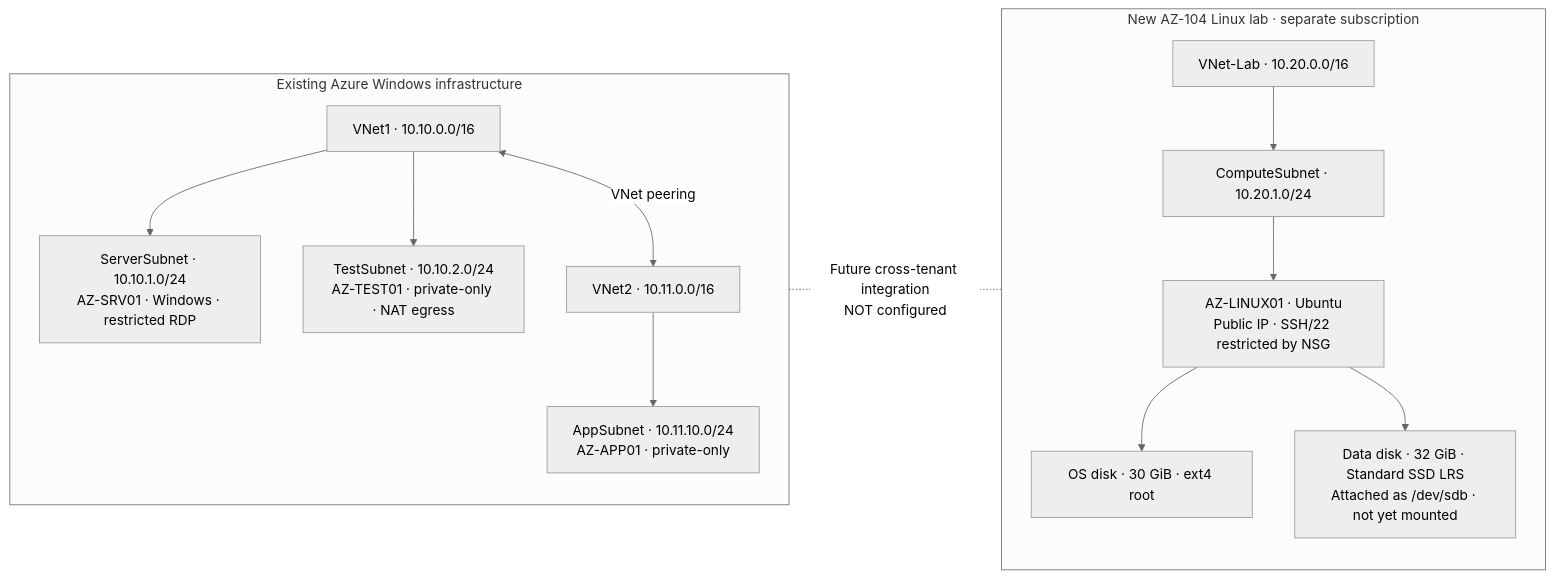
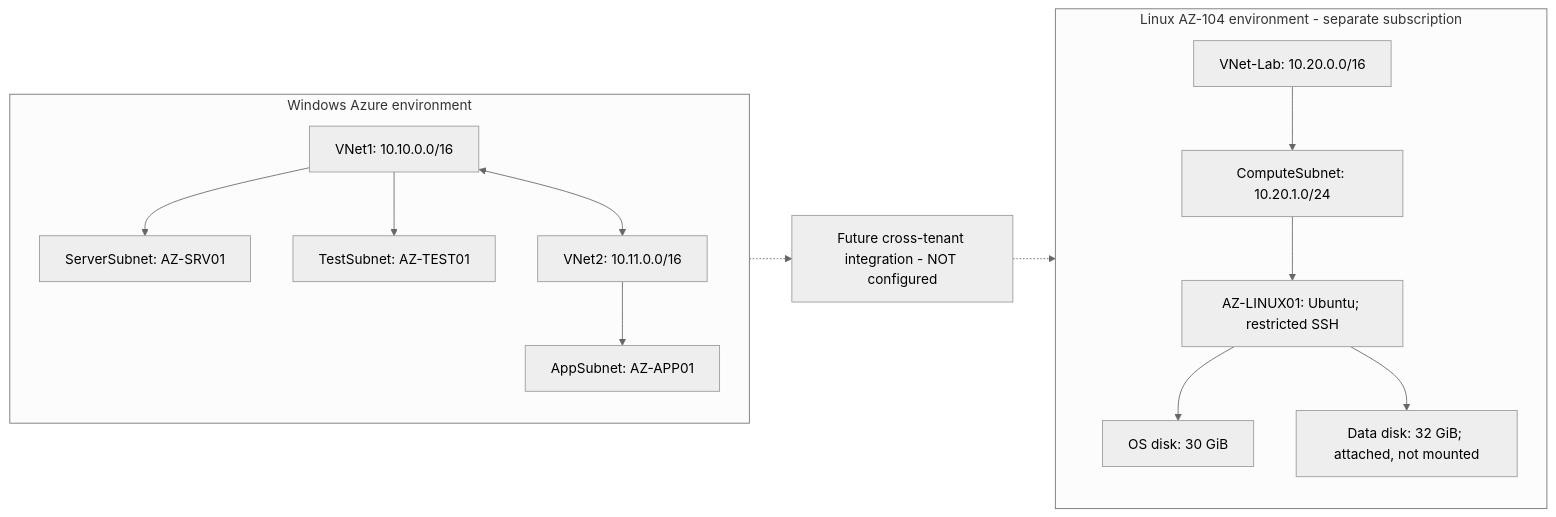
One commit to PosiesWrld/enterprise-infrastructure-lab changed the third of 3 diagrams in README.md. Above: the diagram before and after it, drawn with Mermaid (neutral theme).

Commit message:
Simplify Mermaid Azure comparison diagram for GitHub rendering

````diff
--- a/README.md
+++ b/README.md
@@ -53,21 +53,31 @@
 ```mermaid
 flowchart LR
-  subgraph WIN["Existing Azure Windows infrastructure"]
+  subgraph WINDOWS["Windows Azure environment"]
     direction TB
-    W1["VNet1 · 10.10.0.0/16"]
-    W1 --> WS["ServerSubnet · 10.10.1.0/24<br/>AZ-SRV01 · Windows · restricted RDP"]
-    W1 --> WT["TestSubnet · 10.10.2.0/24<br/>AZ-TEST01 · private-only · NAT egress"]
-    W2["VNet2 · 10.11.0.0/16"]
-    W2 --> WA["AppSubnet · 10.11.10.0/24<br/>AZ-APP01 · private-only"]
-    W1 <-->|"VNet peering"| W2
+    WV1["VNet1: 10.10.0.0/16"]
+    WSRV["ServerSubnet: AZ-SRV01"]
+    WTEST["TestSubnet: AZ-TEST01"]
+    WV2["VNet2: 10.11.0.0/16"]
+    WAPP["AppSubnet: AZ-APP01"]
+    WV1 --> WSRV
+    WV1 --> WTEST
+    WV2 --> WAPP
+    WV1 <--> WV2
   end
-  subgraph LINUX["New AZ-104 Linux lab · separate subscription"]
+
+  subgraph LINUX["Linux AZ-104 environment - separate subscription"]
     direction TB
-    LV["VNet-Lab · 10.20.0.0/16"]
-    LV --> LS["ComputeSubnet · 10.20.1.0/24"]
-    LS --> VM["AZ-LINUX01 · Ubuntu<br/>Public IP · SSH/22 restricted by NSG"]
-    VM --> OS["OS disk · 30 GiB · ext4 root"]
-    VM --> DATA["Data disk · 32 GiB · Standard SSD LRS<br/>Attached as /dev/sdb · not yet mounted"]
+    LVNET["VNet-Lab: 10.20.0.0/16"]
+    LSUB["ComputeSubnet: 10.20.1.0/24"]
+    LVM["AZ-LINUX01: Ubuntu; restricted SSH"]
+    LOS["OS disk: 30 GiB"]
+    LDATA["Data disk: 32 GiB; attached, not mounted"]
+    LVNET --> LSUB
+    LSUB --> LVM
+    LVM --> LOS
+    LVM --> LDATA
   end
-  WIN -.-|"Future cross-tenant integration<br/>NOT configured"| LINUX
+
+  WAPP -.-> FUTURE["Future cross-tenant integration - NOT configured"]
+  FUTURE -.-> LVM
 ```
````
